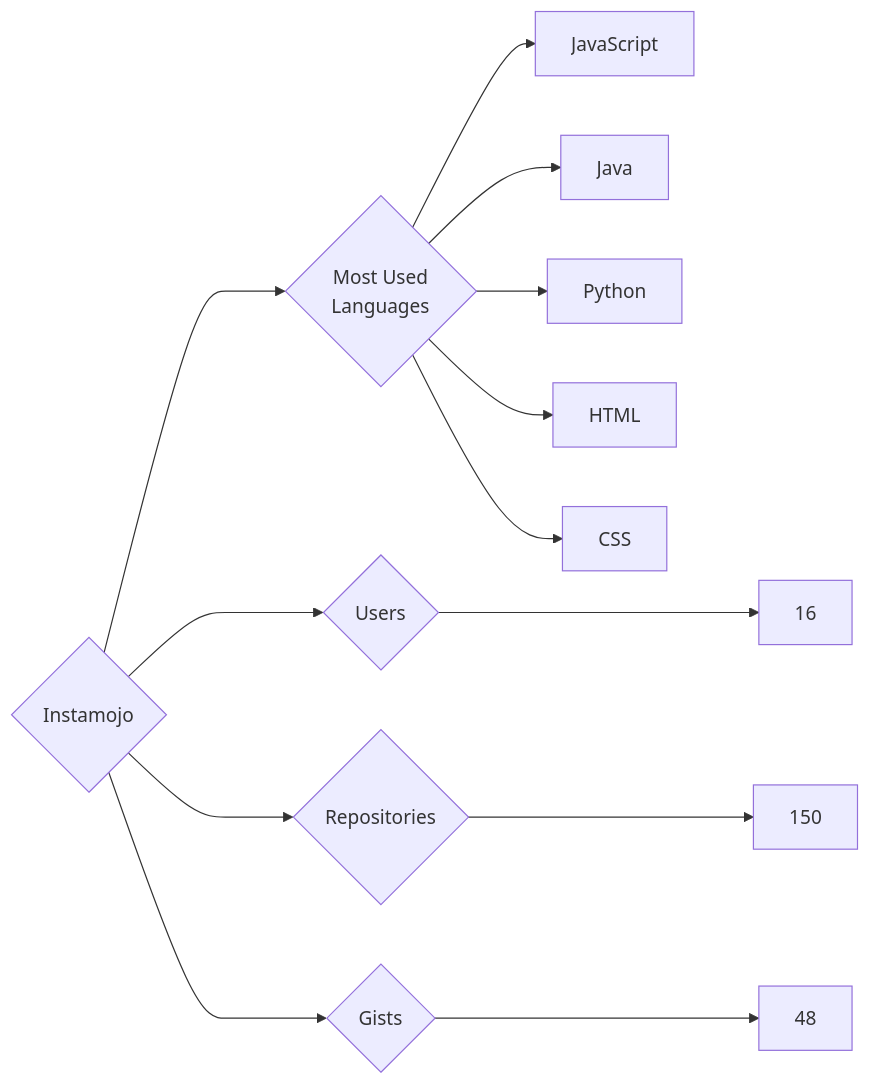
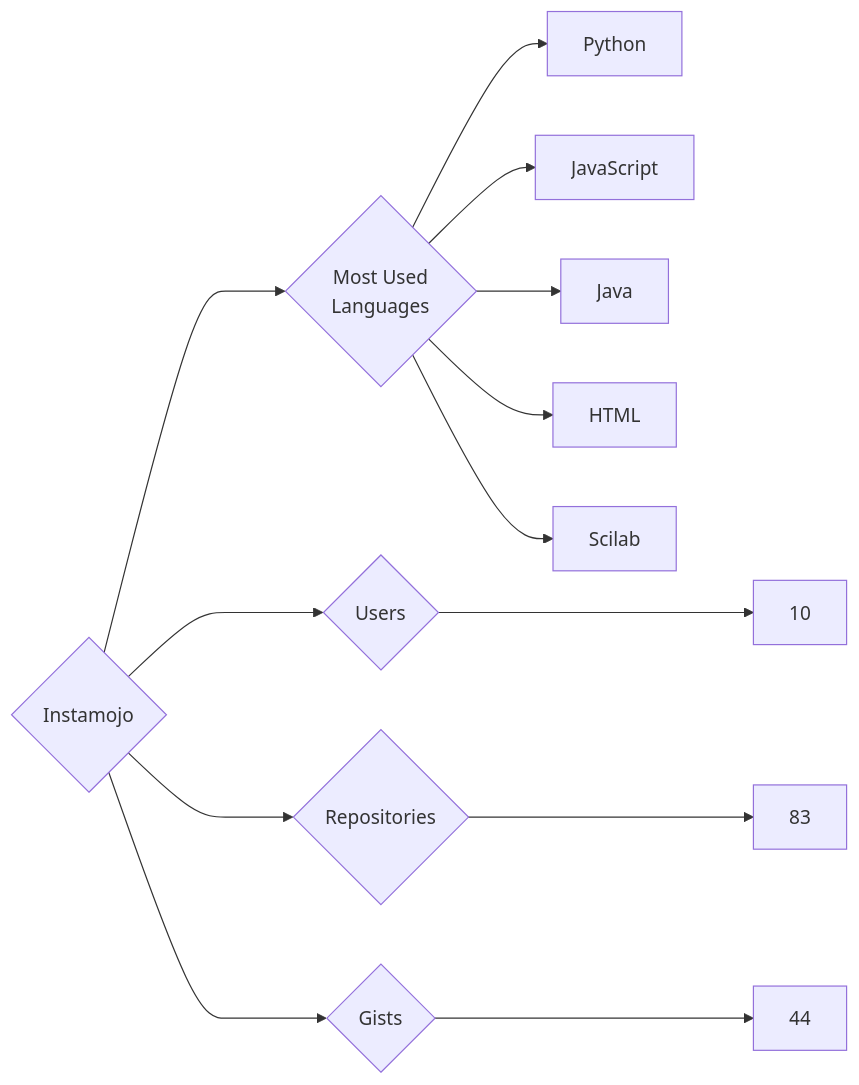
The diagram in targets/Instamojo/README.md (trickest/insiders), drawn with Mermaid before and after one commit. The commit also changed 914 other files, not shown here.

````diff
--- a/targets/Instamojo/README.md
+++ b/targets/Instamojo/README.md
@@ -3,13 +3,13 @@
 ```mermaid
 graph LR
 COMPANY_NAME{Instamojo}
-COMPANY_NAME ---> U{Users} ---> UN[16]
-COMPANY_NAME ---> R{Repositories} ---> RN[150]
-COMPANY_NAME ---> G{Gists} ---> GN[48]
+COMPANY_NAME ---> U{Users} ---> UN[10]
+COMPANY_NAME ---> R{Repositories} ---> RN[83]
+COMPANY_NAME ---> G{Gists} ---> GN[44]
 COMPANY_NAME ---> ML{Most Used<br>Languages}
+ML --> Python[Python]
 ML --> JavaScript[JavaScript]
 ML --> Java[Java]
-ML --> Python[Python]
 ML --> HTML[HTML]
-ML --> CSS[CSS]
+ML --> Scilab[Scilab]
 ```
````
